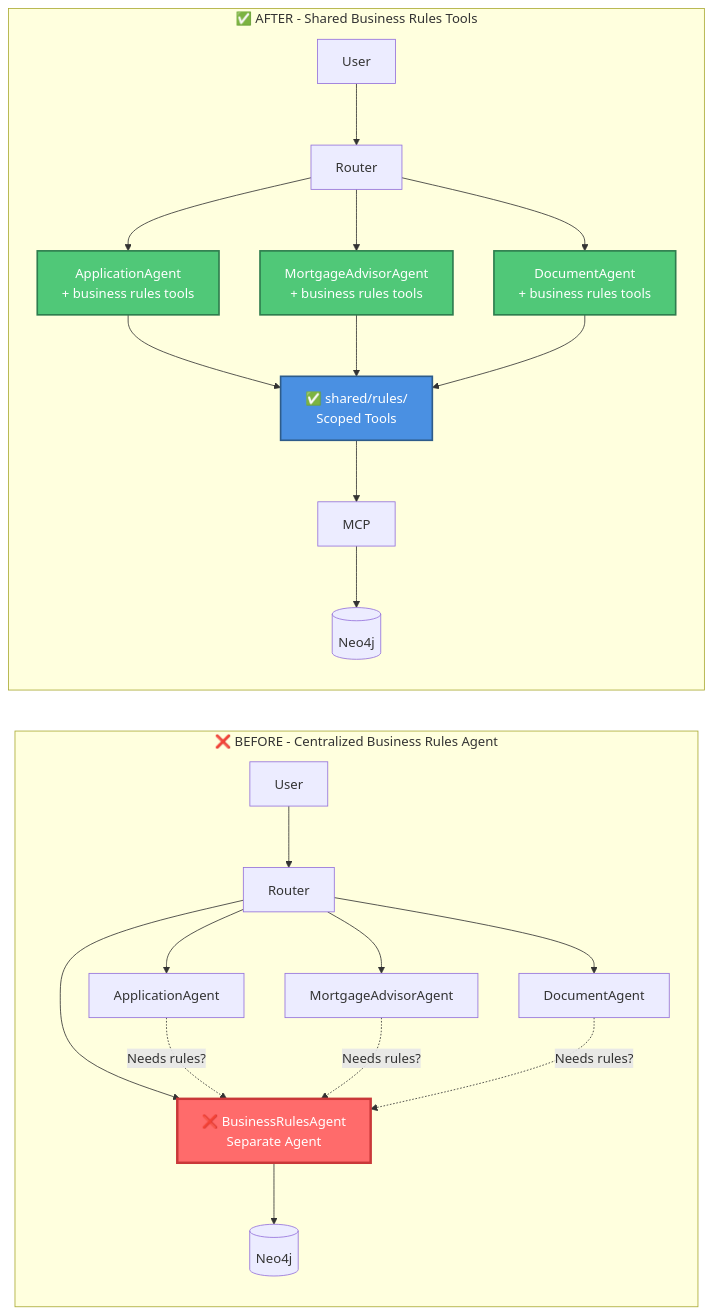
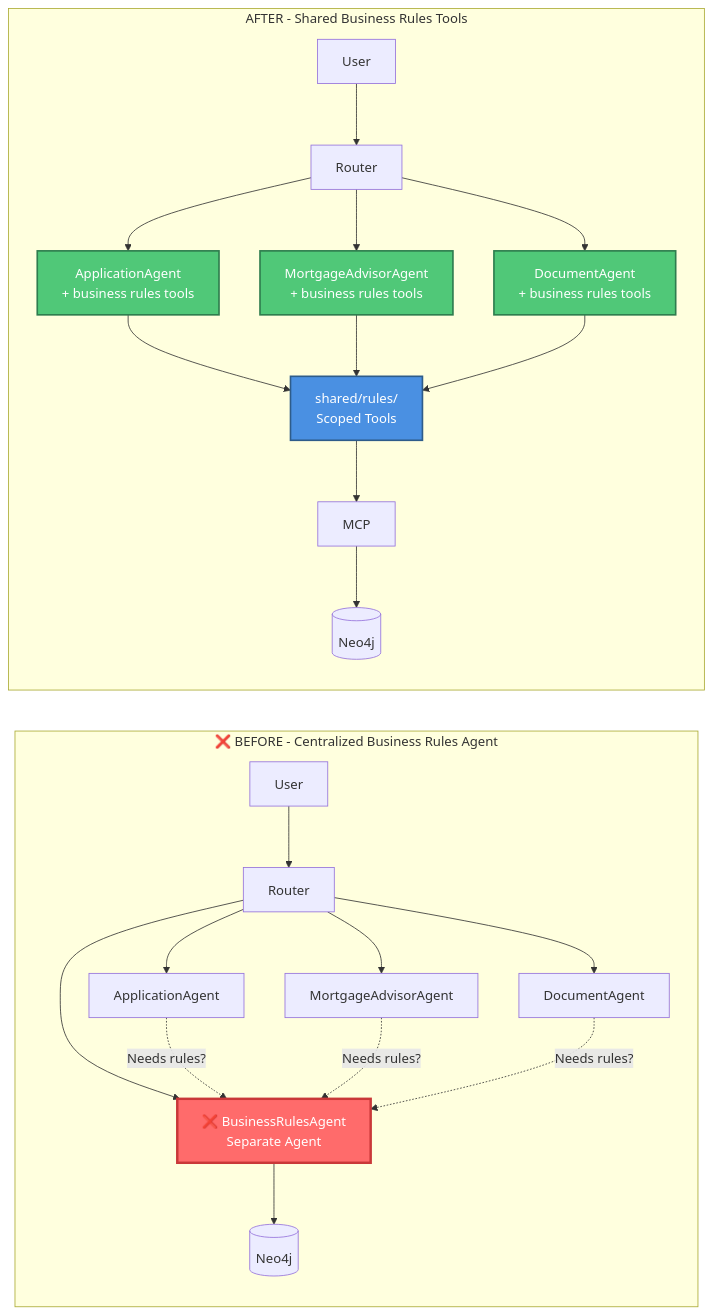
One commit to rrbanda/mortgage-agents changed the second of 7 diagrams in docs/ARCHITECTURE_DIAGRAMS.md. Above: the diagram before and after it, drawn with Mermaid. The commit also changed other lines of this file and 13 other files, not shown here.

````diff
--- a/docs/ARCHITECTURE_DIAGRAMS.md
+++ b/docs/ARCHITECTURE_DIAGRAMS.md
@@ -98,35 +98,35 @@
 ```mermaid
 graph LR
     subgraph "❌ BEFORE - Centralized Business Rules Agent"
         U1[User] --> R1[Router]
         R1 --> A1[ApplicationAgent]
         R1 --> M1[MortgageAdvisorAgent]
         R1 --> D1[DocumentAgent]
         R1 --> BR1[❌ BusinessRulesAgent<br/>Separate Agent]
         
         A1 -.->|Needs rules?| BR1
         M1 -.->|Needs rules?| BR1
         D1 -.->|Needs rules?| BR1
         BR1 --> N1[(Neo4j)]
         
         style BR1 fill:#FF6B6B,stroke:#C93838,stroke-width:3px,color:#fff
     end
     
-    subgraph "✅ AFTER - Shared Business Rules Tools"
+    subgraph " AFTER - Shared Business Rules Tools"
         U2[User] --> R2[Router]
         R2 --> A2[ApplicationAgent<br/>+ business rules tools]
         R2 --> M2[MortgageAdvisorAgent<br/>+ business rules tools]
         R2 --> D2[DocumentAgent<br/>+ business rules tools]
         
-        A2 --> BR2[✅ shared/rules/<br/>Scoped Tools]
+        A2 --> BR2[ shared/rules/<br/>Scoped Tools]
         M2 --> BR2
         D2 --> BR2
         BR2 --> MCP[MCP]
         MCP --> N2[(Neo4j)]
         
         style A2 fill:#50C878,stroke:#2E7D4E,stroke-width:2px,color:#fff
         style M2 fill:#50C878,stroke:#2E7D4E,stroke-width:2px,color:#fff
         style D2 fill:#50C878,stroke:#2E7D4E,stroke-width:2px,color:#fff
         style BR2 fill:#4A90E2,stroke:#2E5C8A,stroke-width:2px,color:#fff
     end
 ```
````
